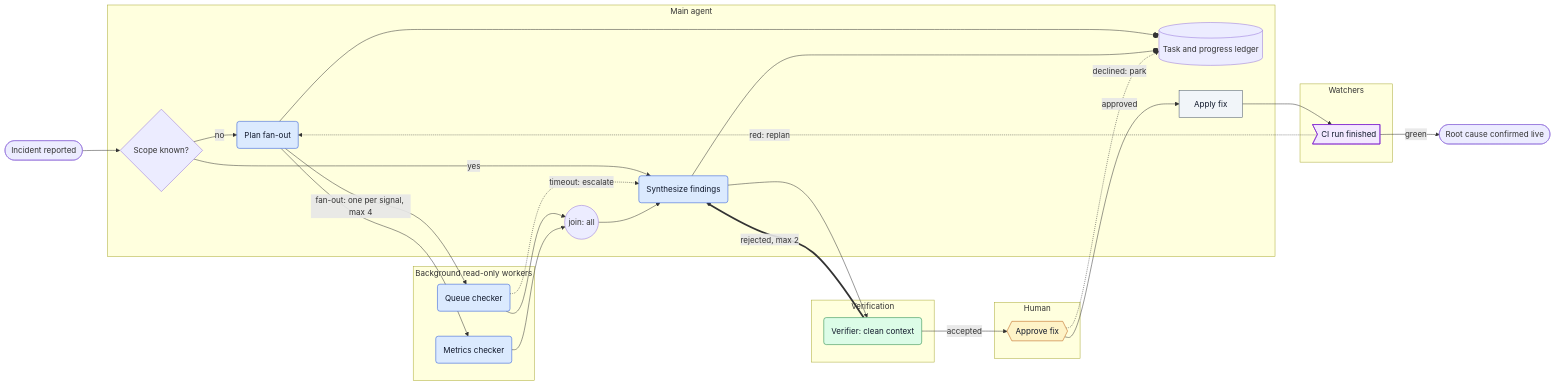
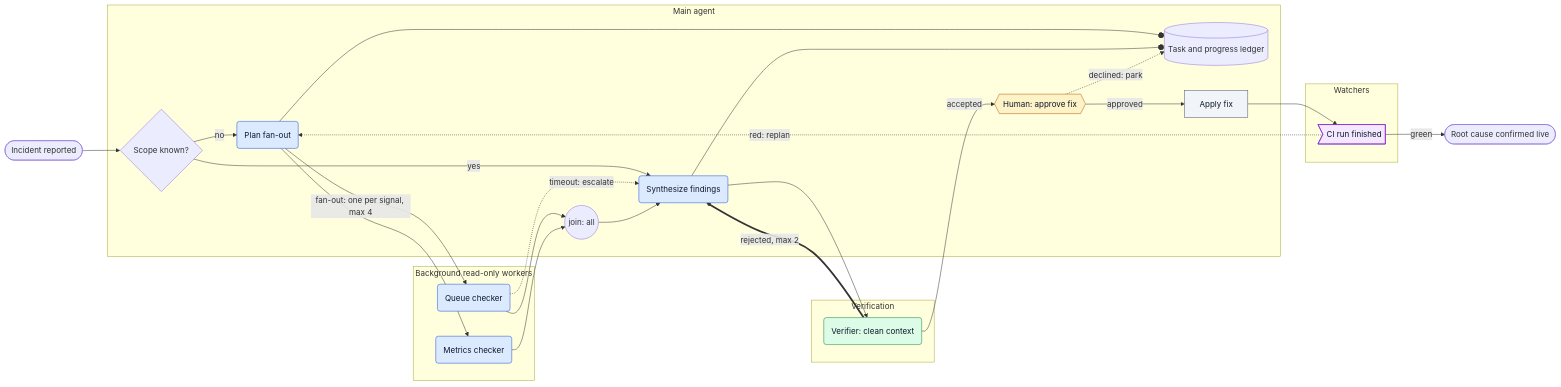
The diagram in agent-harness/agent-instructions/skills/agent-workflows/process-design/assets/legend.mmd (Castrozan/.dotfiles), drawn with Mermaid before and after one commit. The commit also changed 4 other files, not shown here.

```diff
--- a/agent-harness/agent-instructions/skills/agent-workflows/process-design/assets/legend.mmd
+++ b/agent-harness/agent-instructions/skills/agent-workflows/process-design/assets/legend.mmd
@@ -1,61 +1,58 @@
 flowchart LR
     start(["Incident reported"])
     finish(["Root cause confirmed live"])
 
     subgraph main["Main agent"]
         triage{"Scope known?"}
         plan("Plan fan-out")
         ledger[("Task and progress ledger")]
         join(("join: all"))
         synthesize("Synthesize findings")
+        approve{{"Human: approve fix"}}
         fix["Apply fix"]
     end
 
     subgraph workers["Background read-only workers"]
         queueCheck("Queue checker")
         metricsCheck("Metrics checker")
     end
 
     subgraph watchers["Watchers"]
         ciWatch>"CI run finished"]
     end
 
     subgraph verification["Verification"]
         verify("Verifier: clean context")
-    end
-
-    subgraph human["Human"]
-        approve{{"Approve fix"}}
     end
 
     start --> triage
     triage -->|"no"| plan
     triage -->|"yes"| synthesize
     plan --o ledger
     plan -->|"fan-out: one per signal, max 4"| queueCheck
     plan --> metricsCheck
     queueCheck --> join
     metricsCheck --> join
     queueCheck -.->|"timeout: escalate"| synthesize
     join --> synthesize
     synthesize --o ledger
     synthesize --> verify
     verify ==>|"rejected, max 2"| synthesize
     verify -->|"accepted"| approve
     approve -->|"approved"| fix
     approve -.->|"declined: park"| ledger
     fix --> ciWatch
     ciWatch -->|"green"| finish
     ciWatch -.->|"red: replan"| plan
 
     classDef agent fill:#dbeafe,stroke:#1d4ed8,color:#0f172a
     classDef deterministic fill:#f1f5f9,stroke:#475569,color:#0f172a
     classDef verifier fill:#dcfce7,stroke:#15803d,color:#0f172a
     classDef gate fill:#fef3c7,stroke:#b45309,color:#0f172a
     classDef watcher fill:#f3e8ff,stroke:#7e22ce,color:#0f172a
 
     class plan,synthesize,queueCheck,metricsCheck agent
     class fix deterministic
     class verify verifier
     class approve gate
     class ciWatch watcher
```
